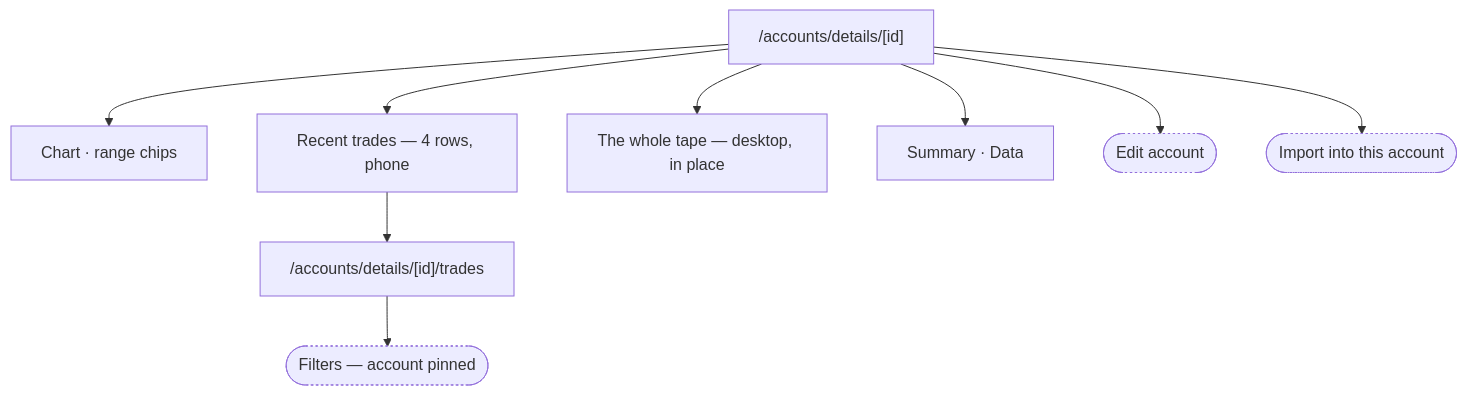
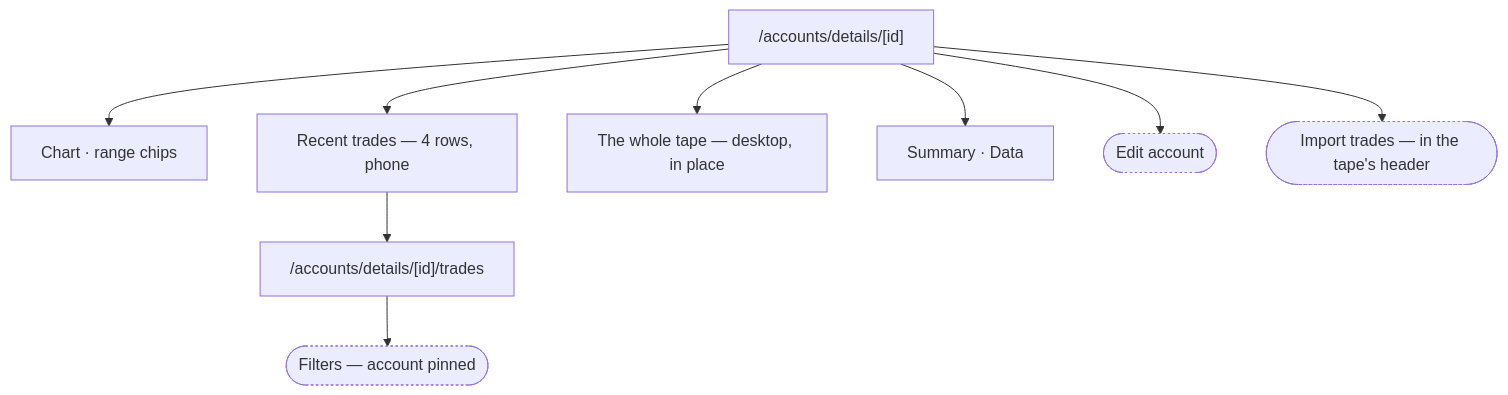
One commit to modryn-studio/run-rebuild changed the seventh of 15 diagrams in docs/user-guide.md. Above: the diagram before and after it, drawn with Mermaid. The commit also changed other lines of this file and 11 other files, not shown here.

````diff
--- a/docs/user-guide.md
+++ b/docs/user-guide.md
@@ -223,16 +233,16 @@
 ```mermaid
 flowchart TD
   Detail["/accounts/details/[id]"]
   Detail --> Chart["Chart · range chips"]
   Detail --> Recent["Recent trades — 4 rows, phone"]
   Recent --> AcctTape["/accounts/details/[id]/trades"]
   Detail --> Tape["The whole tape — desktop, in place"]
   Detail --> Rail["Summary · Data"]
   Detail --> Edit(["Edit account"])
-  Detail --> Import(["Import into this account"])
+  Detail --> Import(["Import trades — in the tape's header"])
   AcctTape --> Filters(["Filters — account pinned"])
 
   style Edit stroke-dasharray: 2 3
   style Import stroke-dasharray: 2 3
   style Filters stroke-dasharray: 2 3
 ```
````
